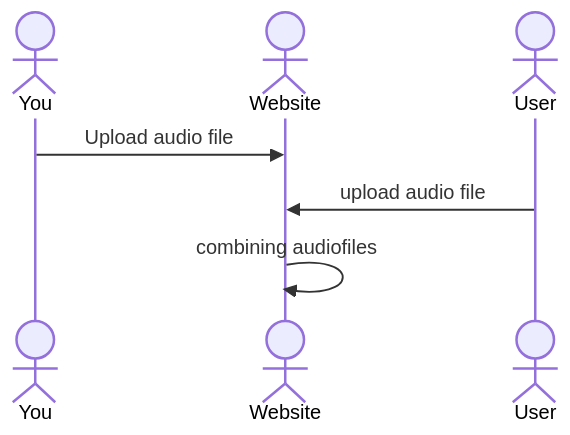
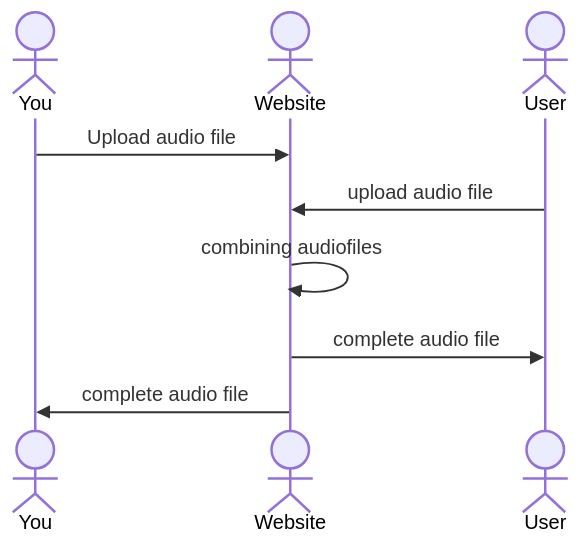
The diagram in README.md (Ksbenzley/startup), drawn with Mermaid before and after one commit.

````diff
--- a/README.md
+++ b/README.md
@@ -37,9 +37,11 @@
 ```mermaid
 sequenceDiagram
     actor You
     actor Website
     You->>Website: Upload audio file
     actor User
     User ->>Website: upload audio file
     Website->>Website: combining audiofiles
+    Website->>User: complete audio file
+    Website->>You: complete audio file
 ```
````
